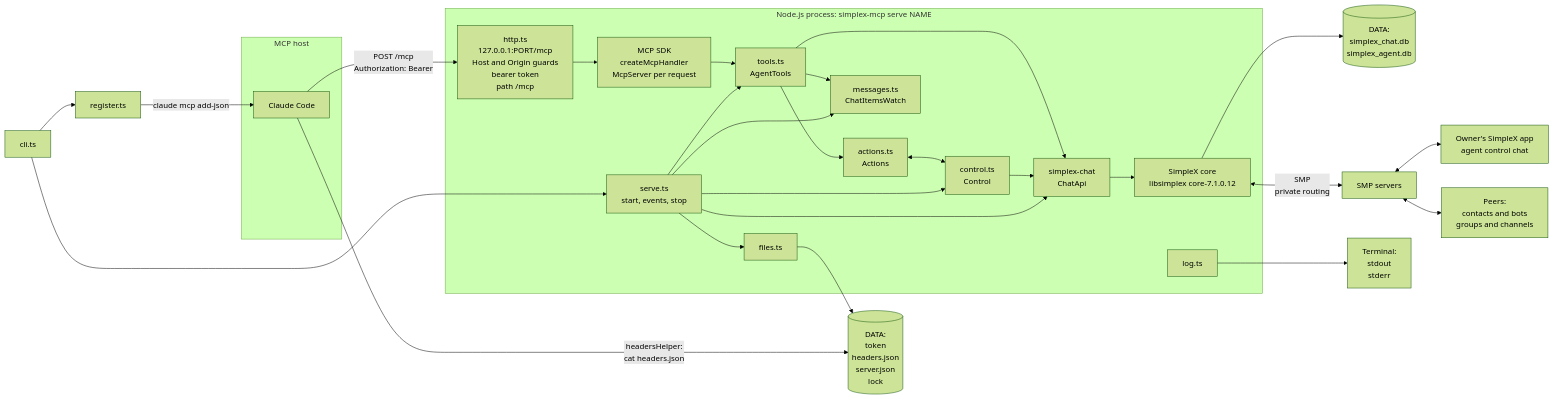
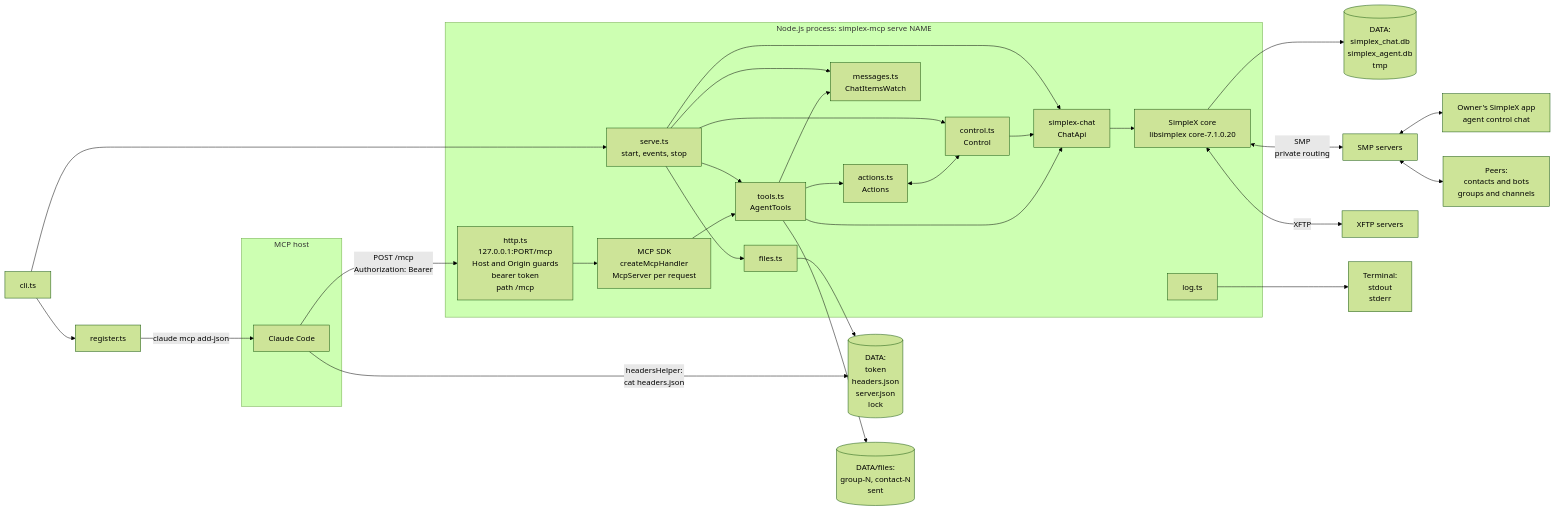
The first of 2 diagrams in packages/simplex-chat-mcp/spec/architecture.md (simplex-chat/simplex-chat), drawn with Mermaid (forest theme) before and after one commit. The commit also changed other lines of this file and 34 other files, not shown here.

````diff
--- a/packages/simplex-chat-mcp/spec/architecture.md
+++ b/packages/simplex-chat-mcp/spec/architecture.md
@@ -26,42 +26,44 @@
 ```mermaid
 flowchart LR
   subgraph host["MCP host"]
     cc["Claude Code"]
   end
   subgraph proc["Node.js process: simplex-mcp serve NAME"]
     http["http.ts<br/>127.0.0.1:PORT/mcp<br/>Host and Origin guards<br/>bearer token<br/>path /mcp"]
     sdk["MCP SDK<br/>createMcpHandler<br/>McpServer per request"]
     tools["tools.ts<br/>AgentTools"]
     actions["actions.ts<br/>Actions"]
     control["control.ts<br/>Control"]
     messages["messages.ts<br/>ChatItemsWatch"]
     serve["serve.ts<br/>start, events, stop"]
     files["files.ts"]
     log["log.ts"]
     lib["simplex-chat<br/>ChatApi"]
-    core["SimpleX core<br/>libsimplex core-7.1.0.12"]
+    core["SimpleX core<br/>libsimplex core-7.1.0.20"]
   end
   cli["cli.ts"] --> serve
   cli --> register["register.ts"]
   register -->|"claude mcp add-json"| cc
   cc -->|"headersHelper:<br/>cat headers.json"| data
   cc -->|"POST /mcp<br/>Authorization: Bearer"| http
   http --> sdk --> tools
   tools --> actions
   actions <--> control
   tools --> messages
   serve --> control
   serve --> tools
   serve --> messages
   serve --> files
   files --> data[("DATA:<br/>token<br/>headers.json<br/>server.json<br/>lock")]
+  tools --> folder[("DATA/files:<br/>group-N, contact-N<br/>sent")]
   tools --> lib
   control --> lib
   serve --> lib
   lib --> core
-  core --> db[("DATA:<br/>simplex_chat.db<br/>simplex_agent.db")]
+  core --> db[("DATA:<br/>simplex_chat.db<br/>simplex_agent.db<br/>tmp")]
   core <-->|"SMP<br/>private routing"| smp["SMP servers"]
+  core <-->|"XFTP"| xftp["XFTP servers"]
   smp <--> owner["Owner's SimpleX app<br/>agent control chat"]
   smp <--> peers["Peers:<br/>contacts and bots<br/>groups and channels"]
   log --> term["Terminal:<br/>stdout<br/>stderr"]
 ```
````
